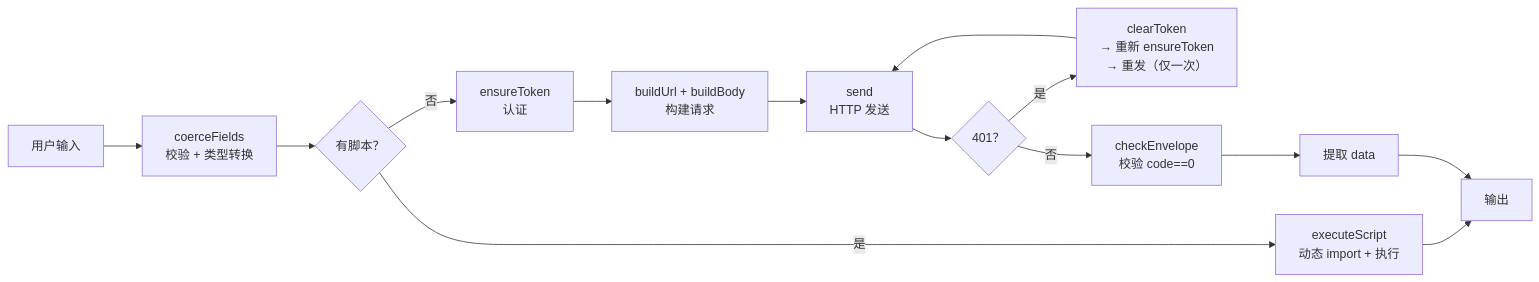
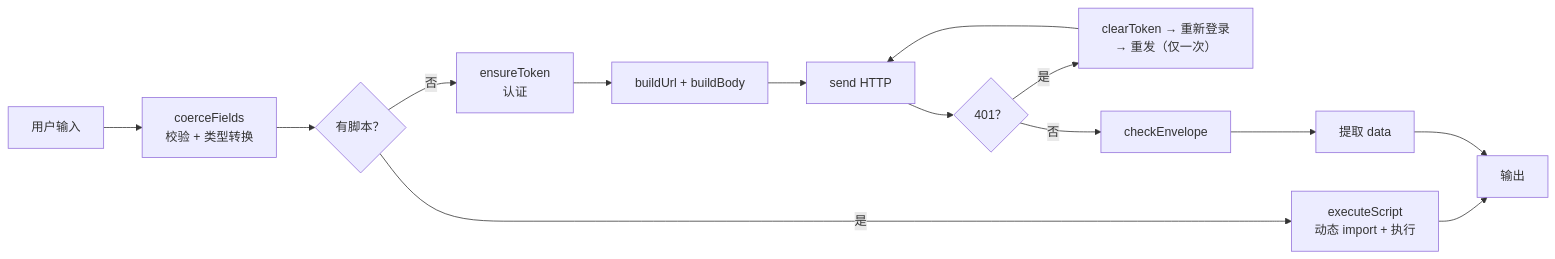
Before and after one commit to a5535772/saicmotor-cli: the fourth of 16 diagrams in docs/ARCHITECTURE.md, drawn with Mermaid. The commit also changed other lines of this file and 40 other files, not shown here.

````diff
--- a/docs/ARCHITECTURE.md
+++ b/docs/ARCHITECTURE.md
@@ -349,16 +283,16 @@
 ```mermaid
 flowchart LR
     A["用户输入"] --> B["coerceFields<br/>校验 + 类型转换"]
     B --> C{"有脚本？"}
     C -->|"是"| C1["executeScript<br/>动态 import + 执行"]
     C -->|"否"| D["ensureToken<br/>认证"]
     C1 --> J["输出"]
-    D --> E["buildUrl + buildBody<br/>构建请求"]
-    E --> F["send<br/>HTTP 发送"]
+    D --> E["buildUrl + buildBody"]
+    E --> F["send HTTP"]
     F --> G{"401？"}
-    G -->|"是"| H["clearToken<br/>→ 重新 ensureToken<br/>→ 重发（仅一次）"]
+    G -->|"是"| H["clearToken → 重新登录<br/>→ 重发（仅一次）"]
     H --> F
-    G -->|"否"| I["checkEnvelope<br/>校验 code==0"]
+    G -->|"否"| I["checkEnvelope"]
     I --> K["提取 data"]
     K --> J["输出"]
 ```
````
